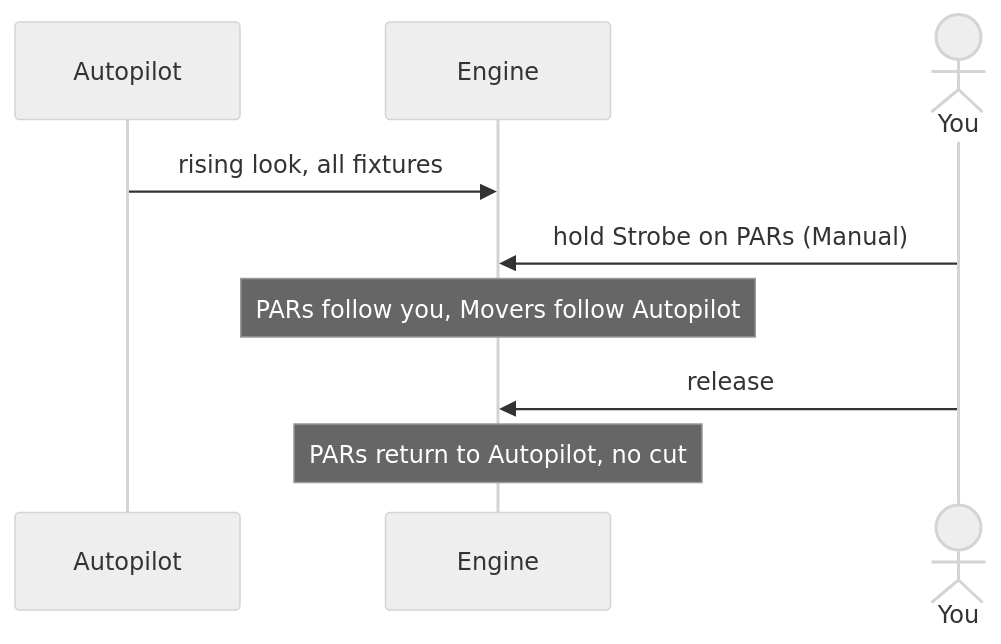
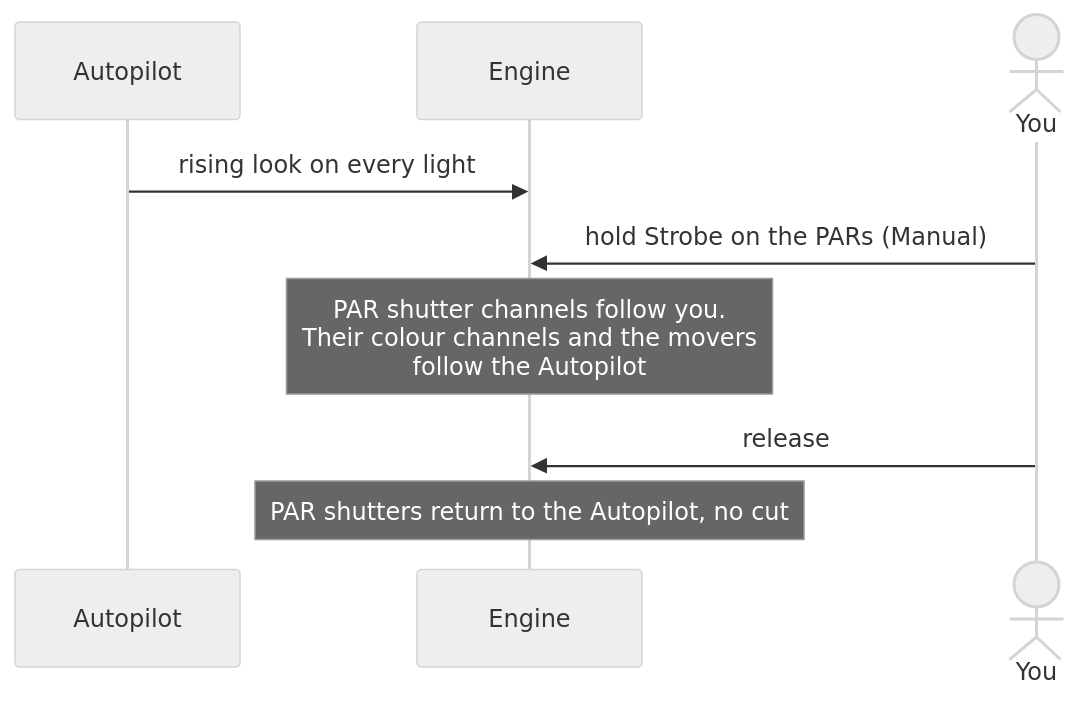
Diagram 16 of 17 in docs/design/theory.md (abossard/bossylights), drawn with Mermaid (neutral theme) before and after one commit. The commit also changed other lines of this file and 17 other files, not shown here.

````diff
--- a/docs/design/theory.md
+++ b/docs/design/theory.md
@@ -235,11 +351,11 @@
 ```mermaid
 sequenceDiagram
   participant Auto as Autopilot
   participant Engine
   actor You
-  Auto->>Engine: rising look, all fixtures
-  You->>Engine: hold Strobe on PARs (Manual)
-  Note over Engine: PARs follow you, Movers follow Autopilot
+  Auto->>Engine: rising look on every light
+  You->>Engine: hold Strobe on the PARs (Manual)
+  Note over Engine: PAR shutter channels follow you.<br/>Their colour channels and the movers<br/>follow the Autopilot
   You->>Engine: release
-  Note over Engine: PARs return to Autopilot, no cut
+  Note over Engine: PAR shutters return to the Autopilot, no cut
 ```
````
